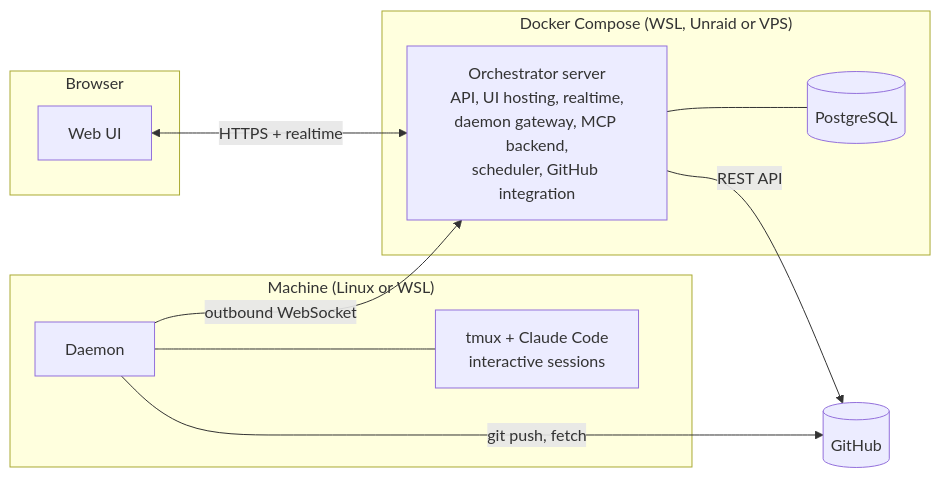
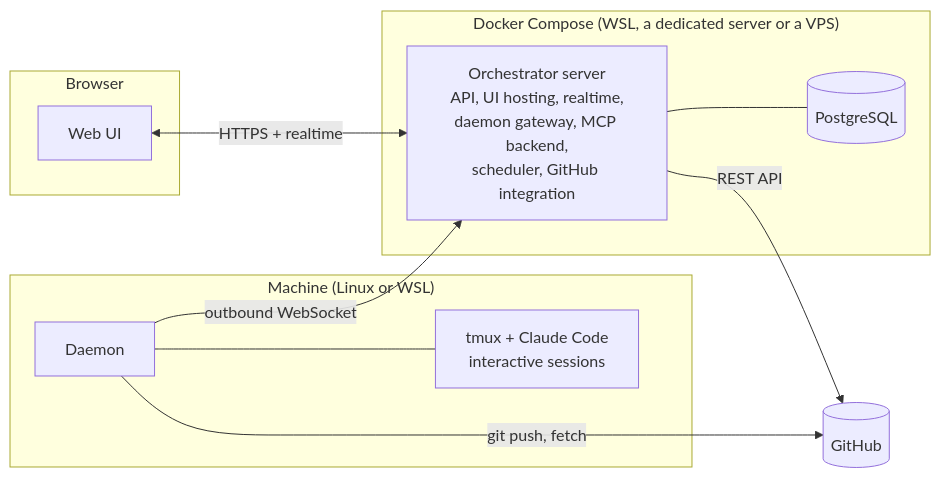
Before and after one commit to msincikpaeerl/orchestrator: the diagram in docs/specs/09-architecture-and-deployment.md, drawn with Mermaid. The commit also changed other lines of this file and 11 other files, not shown here.

````diff
--- a/docs/specs/09-architecture-and-deployment.md
+++ b/docs/specs/09-architecture-and-deployment.md
@@ -10,21 +10,21 @@
 ```mermaid
 flowchart LR
     subgraph Browser
         UI[Web UI]
     end
-    subgraph Docker["Docker Compose (WSL, Unraid or VPS)"]
+    subgraph Docker["Docker Compose (WSL, a dedicated server or a VPS)"]
         APP[Orchestrator server<br/>API, UI hosting, realtime,<br/>daemon gateway, MCP backend,<br/>scheduler, GitHub integration]
         DB[(PostgreSQL)]
         APP --- DB
     end
     subgraph Machine["Machine (Linux or WSL)"]
         D[Daemon]
         T[tmux + Claude Code<br/>interactive sessions]
         D --- T
     end
     GH[(GitHub)]
     UI <-->|HTTPS + realtime| APP
     D -->|outbound WebSocket| APP
     APP -->|REST API| GH
     D -->|git push, fetch| GH
 ```
````
